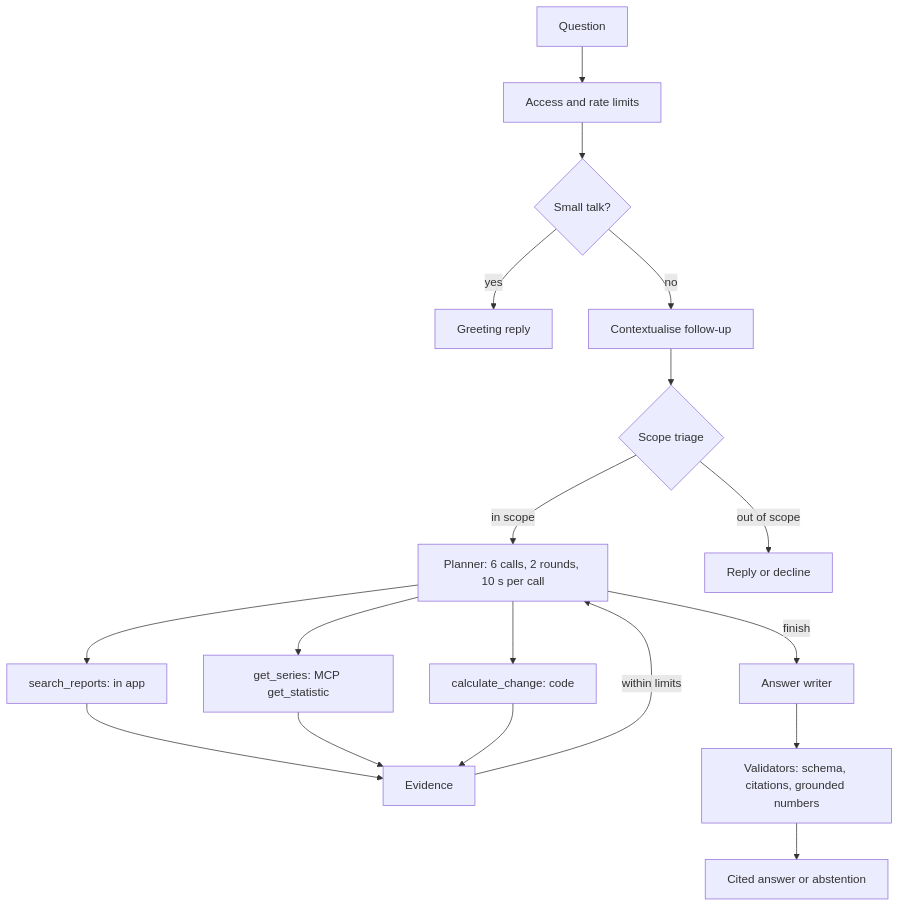
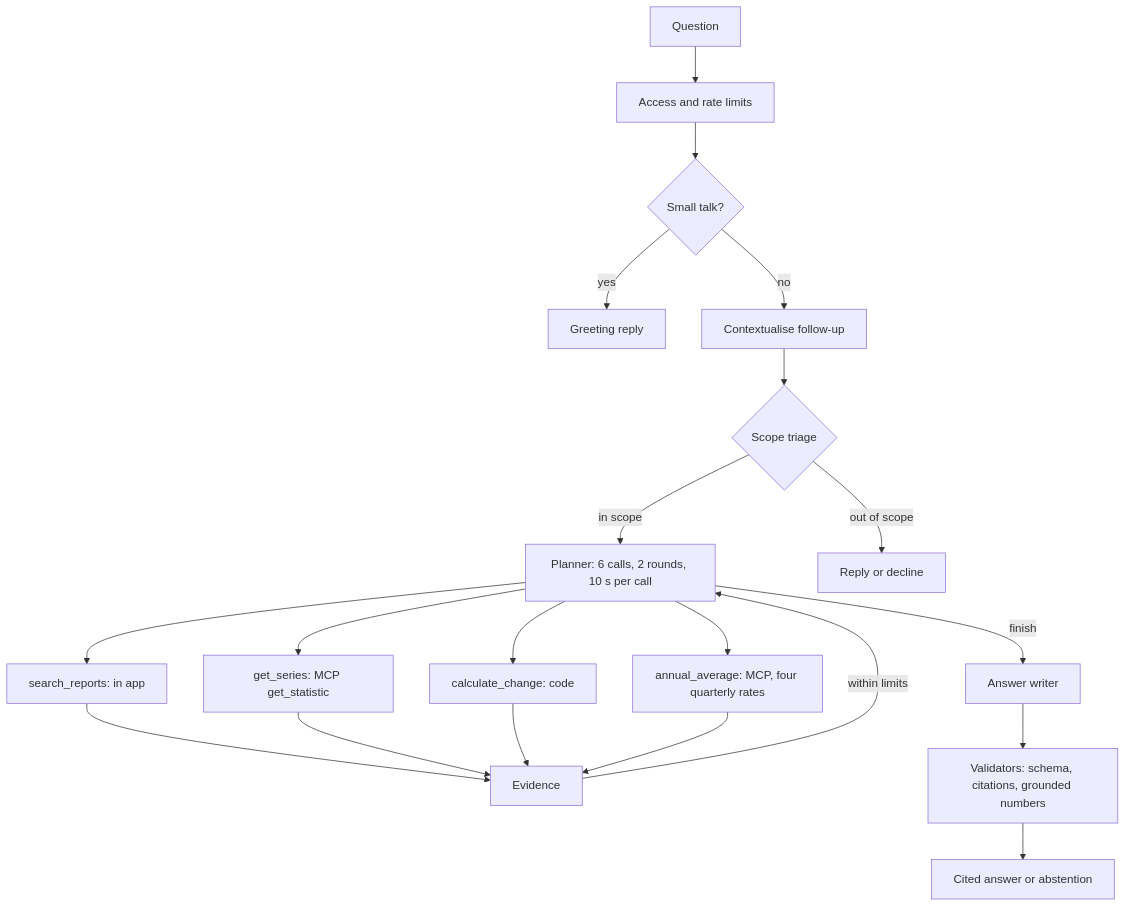
Before and after one commit to mihirkhandekar/labourlens: the second of 2 diagrams in README.md, drawn with Mermaid. The commit also changed other lines of this file and 71 other files, not shown here.

Commit message:
Annual average tool, abstention wording, context carrying, evidence budget and parallel tools; deck and innovation round; workbench split panel, examples, favicon

````diff
--- a/README.md
+++ b/README.md
@@ -61,18 +63,20 @@
 ```mermaid
 flowchart TD
   Q["Question"] --> G["Access and rate limits"] --> S{"Small talk?"}
   S -->|yes| H["Greeting reply"]
   S -->|no| C["Contextualise follow-up"] --> T{"Scope triage"}
   T -->|in scope| P["Planner: 6 calls, 2 rounds, 10 s per call"]
   T -->|out of scope| D["Reply or decline"]
   P --> R["search_reports: in app"]
   P --> M["get_series: MCP get_statistic"]
   P --> K["calculate_change: code"]
+  P --> Y["annual_average: MCP, four quarterly rates"]
   R --> E["Evidence"]
   M --> E
   K --> E
+  Y --> E
   E -->|within limits| P
   P -->|finish| A["Answer writer"]
   A --> V["Validators: schema, citations, grounded numbers"]
   V --> O["Cited answer or abstention"]
 ```
````
